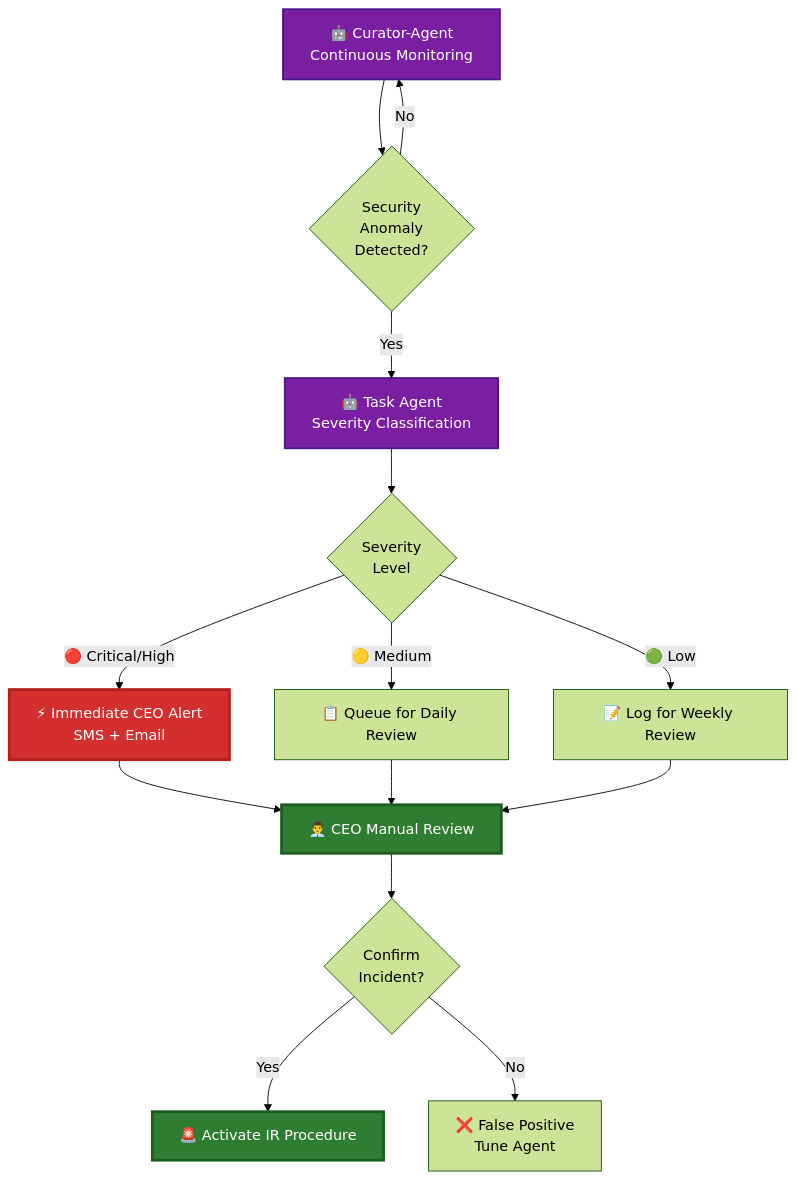
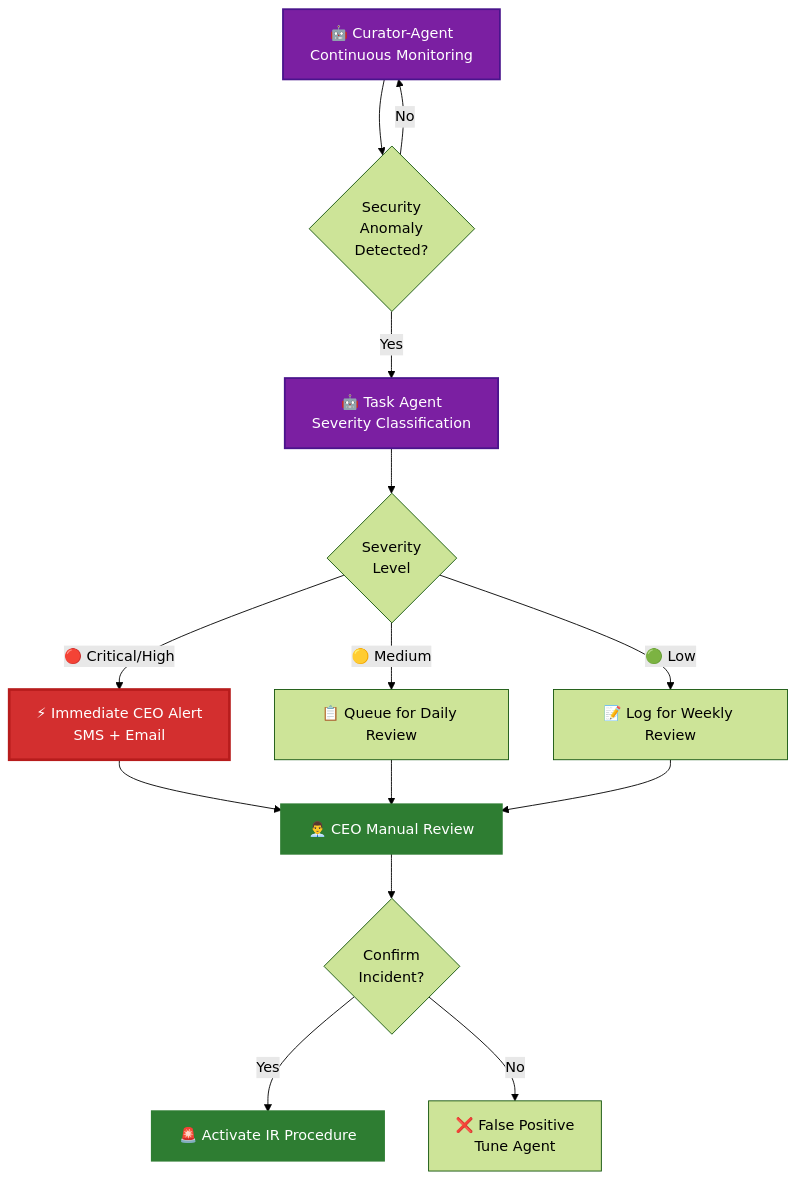
The third of 13 diagrams in Incident_Response_Plan.md (Hack23/ISMS-PUBLIC), drawn with Mermaid (forest theme) before and after one commit. The commit also changed other lines of this file and 18 other files, not shown here.

Commit message:
fix broken mermaid

````diff
--- a/Incident_Response_Plan.md
+++ b/Incident_Response_Plan.md
@@ -236,27 +236,27 @@
 ```mermaid
 flowchart TD
     CURATOR[🤖 Curator-Agent<br/>Continuous Monitoring] --> ANOMALY{Security<br/>Anomaly<br/>Detected?}
     ANOMALY -->|Yes| CLASSIFY[🤖 Task Agent<br/>Severity Classification]
     ANOMALY -->|No| CURATOR
     
     CLASSIFY --> CRITICAL{Severity<br/>Level}
     CRITICAL -->|🔴 Critical/High| ALERT_CEO[⚡ Immediate CEO Alert<br/>SMS + Email]
     CRITICAL -->|🟡 Medium| QUEUE_REVIEW[📋 Queue for Daily Review]
     CRITICAL -->|🟢 Low| LOG[📝 Log for Weekly Review]
     
     ALERT_CEO --> CEO_REVIEW[👨‍💼 CEO Manual Review]
     QUEUE_REVIEW --> CEO_REVIEW
     LOG --> CEO_REVIEW
     
     CEO_REVIEW --> INCIDENT{Confirm<br/>Incident?}
     INCIDENT -->|Yes| IR_ACTIVATION[🚨 Activate IR Procedure]
     INCIDENT -->|No| FALSE_POS[❌ False Positive<br/>Tune Agent]
     
     classDef agent fill:#7B1FA2,stroke:#4A148C,stroke-width:2px,color:#fff
     classDef critical fill:#D32F2F,stroke:#B71C1C,stroke-width:3px,color:#fff
-    classDef human fill:#2E7D32,stroke:#1B5E20,stroke-width:3px,color:#fff
+    classDef human fill:#2E7D32,stroke:#2E7D32,stroke-width:3px,color:#fff
     
     class CURATOR,CLASSIFY agent
     class ALERT_CEO critical
     class CEO_REVIEW,IR_ACTIVATION human
 ```
````
